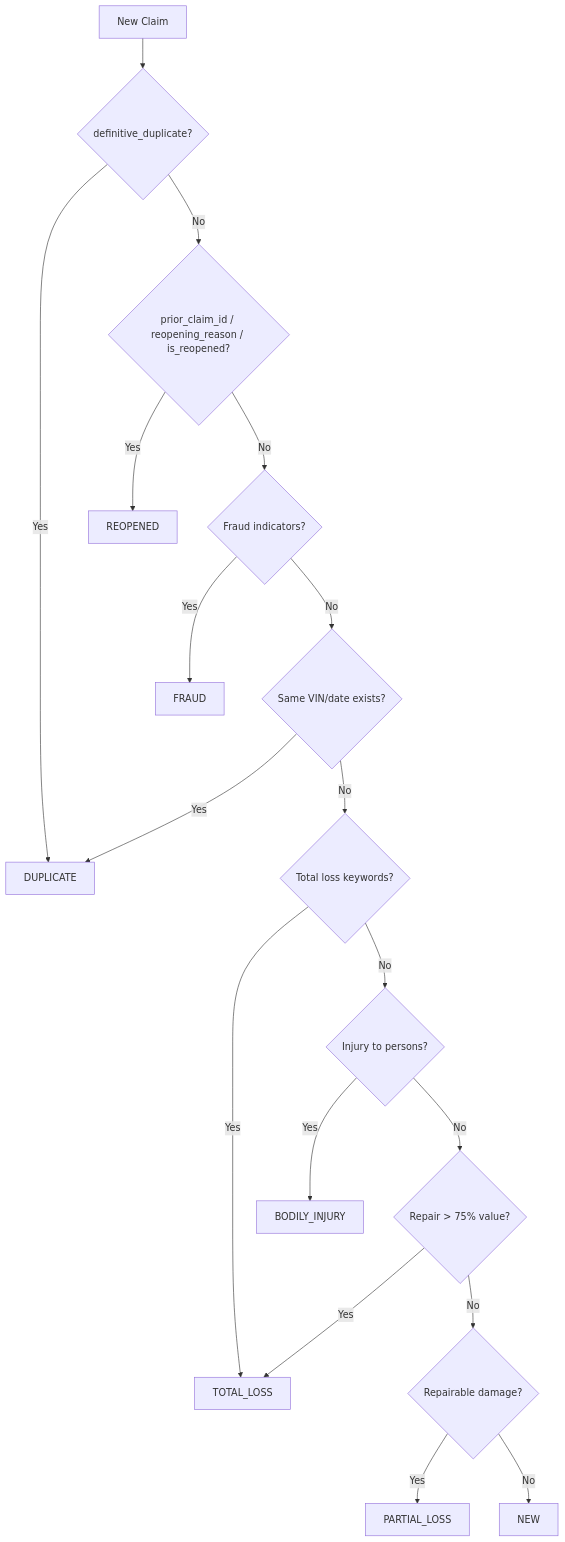
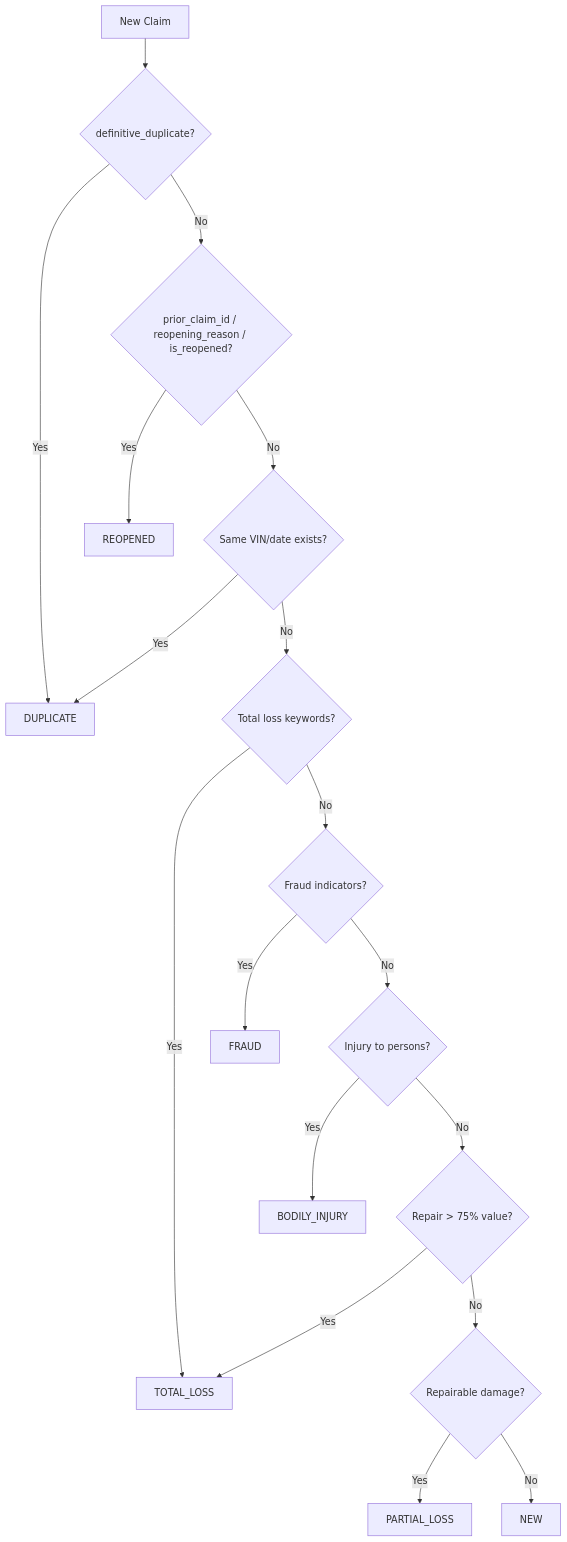
Before and after one commit to csmangum/auto-agent: the diagram in docs/claim-types.md, drawn with Mermaid. The commit also changed other lines of this file and 1 other file, not shown here.

Commit message:
Update claim-types and database documentation for clarity and accuracy
- Revised flowchart in claim-types.md to correct the order of fraud indicators and injury checks.
- Updated descriptions in claim-types.md to replace "formal workflow specification" with "workflow details" for consistency.
- Enhanced the database.md flowchart to clarify the meaning of "settled" status by including bodily injury in the description.

````diff
--- a/docs/claim-types.md
+++ b/docs/claim-types.md
@@ -25,20 +25,20 @@
 ```mermaid
 flowchart TD
     A[New Claim] --> B{definitive_duplicate?}
     B -->|Yes| C[DUPLICATE]
     B -->|No| D{prior_claim_id / reopening_reason / is_reopened?}
     D -->|Yes| E[REOPENED]
-    D -->|No| F{Fraud indicators?}
-    F -->|Yes| G[FRAUD]
-    F -->|No| H{Same VIN/date exists?}
+    D -->|No| H{Same VIN/date exists?}
     H -->|Yes| C
     H -->|No| I{Total loss keywords?}
     I -->|Yes| J[TOTAL_LOSS]
-    I -->|No| K{Injury to persons?}
+    I -->|No| F{Fraud indicators?}
+    F -->|Yes| G[FRAUD]
+    F -->|No| K{Injury to persons?}
     K -->|Yes| L[BODILY_INJURY]
     K -->|No| M{Repair > 75% value?}
     M -->|Yes| J
     M -->|No| N{Repairable damage?}
     N -->|Yes| O[PARTIAL_LOSS]
     N -->|No| P[NEW]
 ```
````
